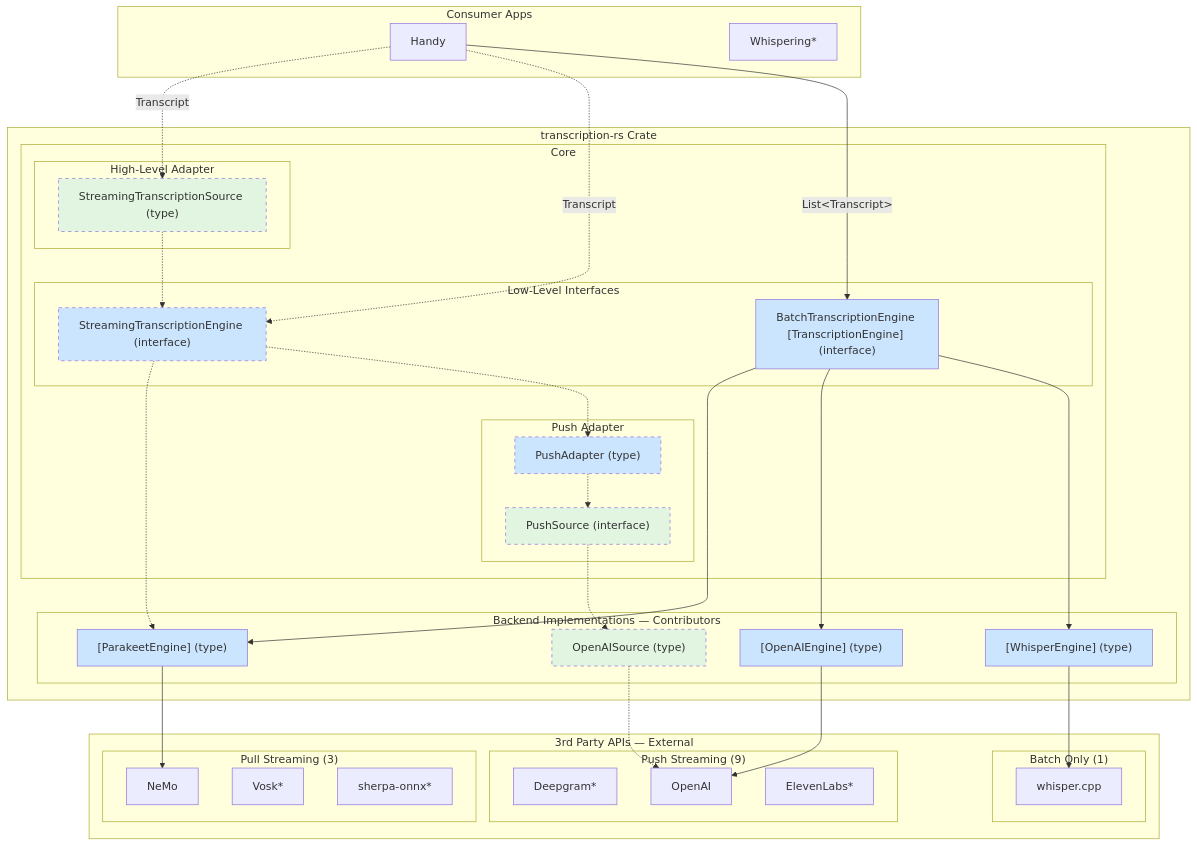
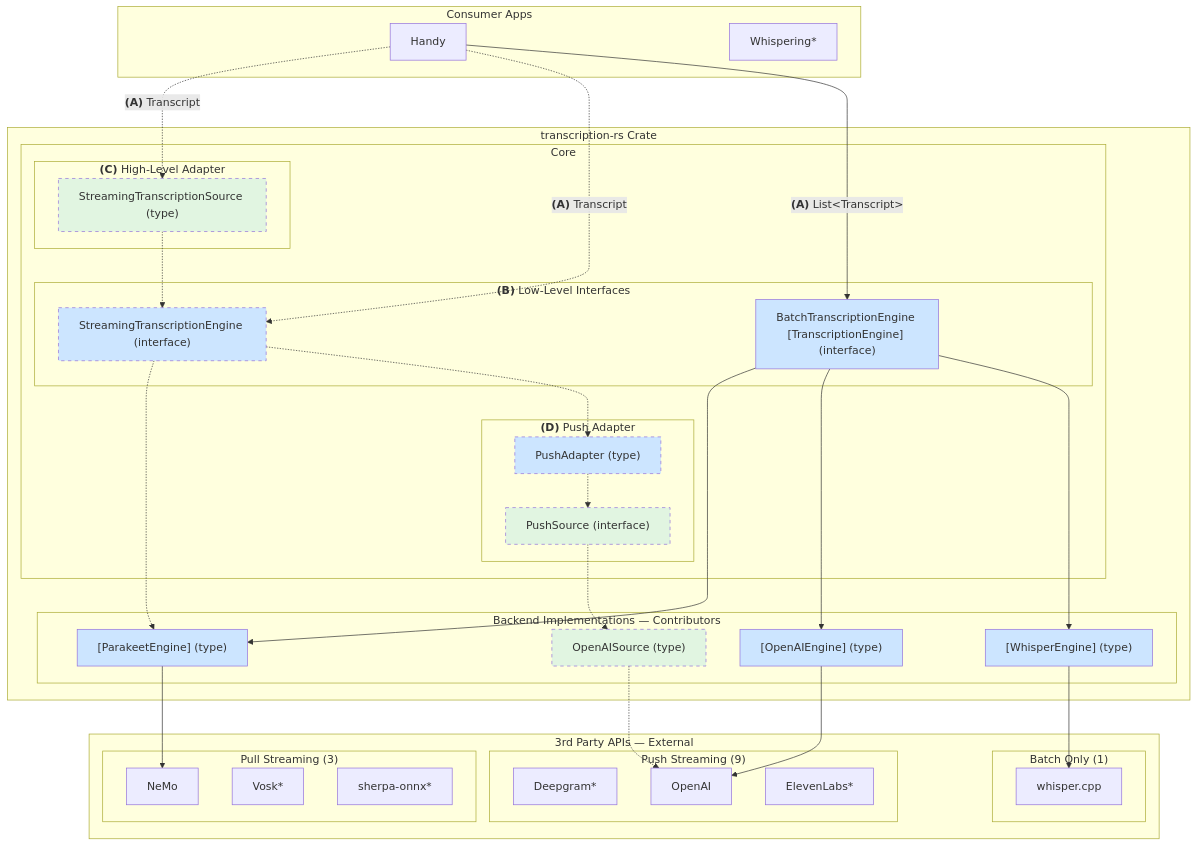
One commit to cjpais/transcribe-rs changed the fourth of 4 diagrams in specs/transcription-rs.md. Above: the diagram before and after it, drawn with Mermaid. The commit also changed other lines of this file and 1 other file, not shown here.

````diff
--- a/specs/transcription-rs.md
+++ b/specs/transcription-rs.md
@@ -136,77 +157,77 @@
 ```mermaid
 graph TB
     subgraph Apps ["Consumer Apps"]
         Handy[Handy]
         Whispering[Whispering*]
     end
 
     subgraph Library ["transcription-rs Crate"]
         subgraph Core ["Core"]
-            subgraph HighLevel ["High-Level Adapter"]
+            subgraph HighLevel ["<b>(C)</b> High-Level Adapter"]
                 StreamingSource["StreamingTranscriptionSource (type)"]
             end
 
-            subgraph LowLevel ["Low-Level Interfaces"]
+            subgraph LowLevel ["<b>(B)</b> Low-Level Interfaces"]
                 StreamingEngine["StreamingTranscriptionEngine (interface)"]
                 BatchEngine["BatchTranscriptionEngine [TranscriptionEngine] (interface)"]
             end
 
-            subgraph PushHelper ["Push Adapter"]
+            subgraph PushHelper ["<b>(D)</b> Push Adapter"]
                 PushAdapter["PushAdapter (type)"]
                 PushSource["PushSource (interface)"]
             end
         end
 
         subgraph Backends ["Backend Implementations — Contributors"]
             ParakeetEngine["[ParakeetEngine] (type)"]
             OpenAISource["OpenAISource (type)"]
             OpenAIEngine["[OpenAIEngine] (type)"]
             WhisperEngine["[WhisperEngine] (type)"]
         end
     end
 
     subgraph External ["3rd Party APIs — External"]
         subgraph PullStreaming ["Pull Streaming (3)"]
             NeMo[NeMo]
             Vosk[Vosk*]
             Sherpa[sherpa-onnx*]
         end
         subgraph PushStreaming ["Push Streaming (9)"]
             Deepgram[Deepgram*]
             OpenAI[OpenAI]
             ElevenLabs[ElevenLabs*]
         end
         subgraph BatchOnly ["Batch Only (1)"]
             WhisperCpp[whisper.cpp]
         end
     end
 
-    Handy -.->|Transcript| StreamingSource
-    Handy -.->|Transcript| StreamingEngine
-    Handy -->|"List&lt;Transcript&gt;"| BatchEngine
+    Handy -.->|"<b>(A)</b> Transcript"| StreamingSource
+    Handy -.->|"<b>(A)</b> Transcript"| StreamingEngine
+    Handy -->|"<b>(A)</b> List&lt;Transcript&gt;"| BatchEngine
 
     StreamingSource -.-> StreamingEngine
 
     StreamingEngine -.-> ParakeetEngine
     StreamingEngine -.-> PushAdapter
     
     PushAdapter -.-> PushSource
     PushSource -.-> OpenAISource
     
     BatchEngine --> ParakeetEngine
     BatchEngine --> OpenAIEngine
     BatchEngine --> WhisperEngine
 
     ParakeetEngine --> NeMo
     OpenAISource -.-> OpenAI
     OpenAIEngine --> OpenAI
     WhisperEngine --> WhisperCpp
 
     classDef pushPlanned fill:#e1f5e1,stroke-dasharray: 5 5
     classDef pullPlanned fill:#cce5ff,stroke-dasharray: 5 5
     classDef pushExisting fill:#e1f5e1
     classDef pullExisting fill:#cce5ff
     class StreamingSource,PushSource,OpenAISource pushPlanned
     class StreamingEngine,PushAdapter pullPlanned
     class ParakeetEngine,OpenAIEngine,WhisperEngine,BatchEngine pullExisting
 ```
````
